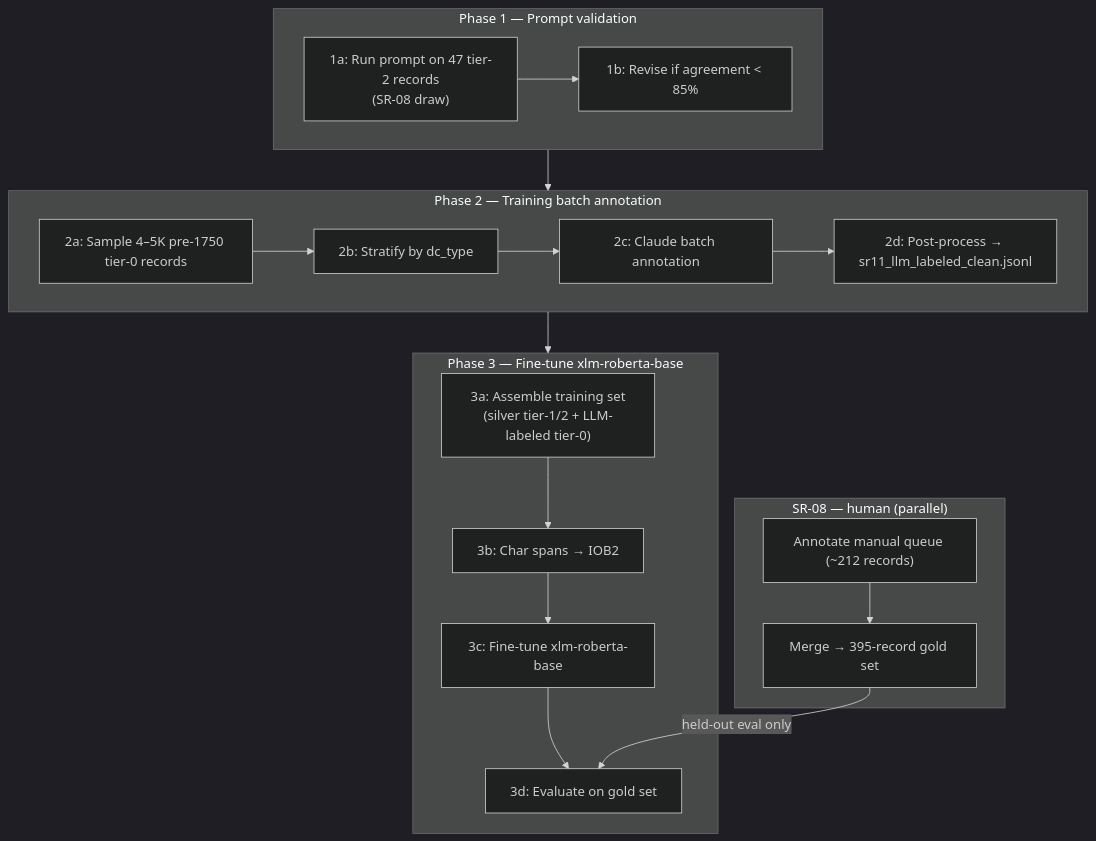
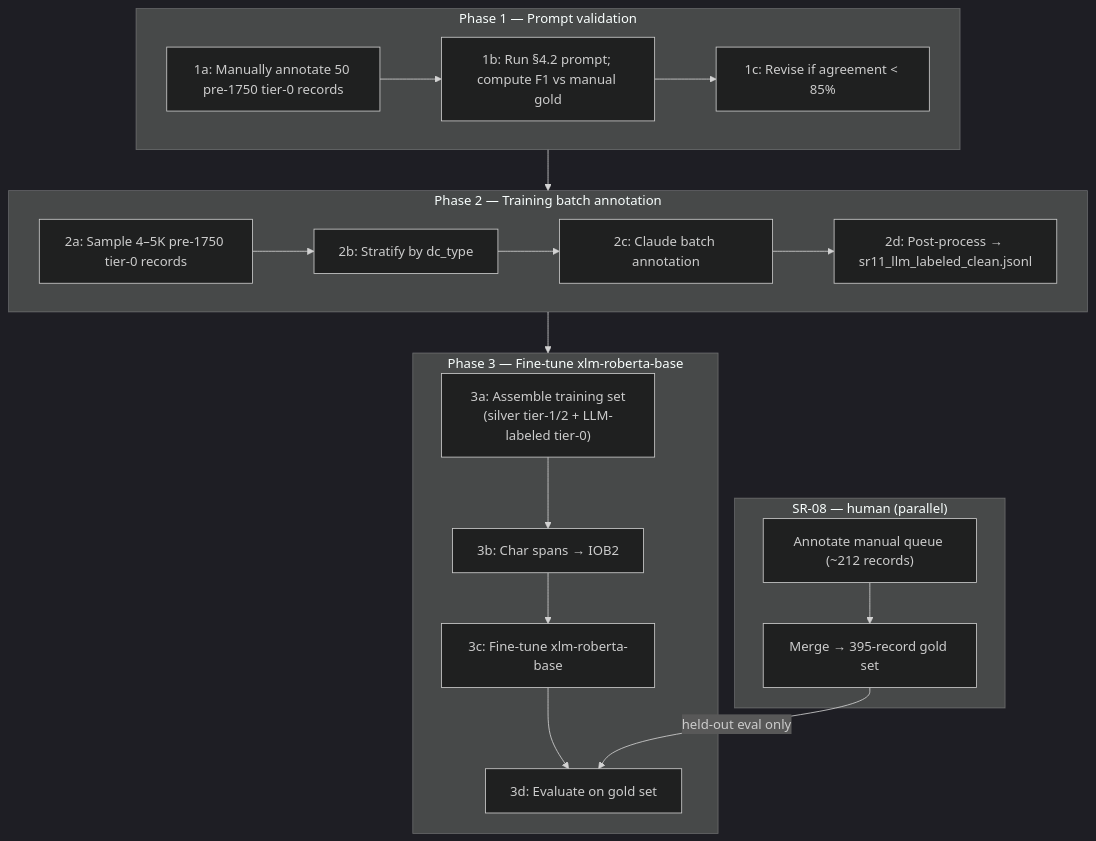
The diagram in notes/ner/sr11_labeling-strategy.md (anntanp/gemea), drawn with Mermaid (dark theme) before and after one commit. The commit also changed other lines of this file, not shown here.

````diff
--- a/notes/ner/sr11_labeling-strategy.md
+++ b/notes/ner/sr11_labeling-strategy.md
@@ -36,33 +28,34 @@
 ```mermaid
 flowchart TD
     subgraph SR08["SR-08 — human (parallel)"]
         h1["Annotate manual queue (~212 records)"]
         h2["Merge → 395-record gold set"]
         h1 --> h2
     end
 
     subgraph P1["Phase 1 — Prompt validation"]
-        1a["1a: Run prompt on 47 tier-2 records\n(SR-08 draw)"]
-        1b["1b: Revise if agreement < 85%"]
-        1a --> 1b
+        1a["1a: Manually annotate 50 pre-1750 tier-0 records"]
+        1b["1b: Run §4.2 prompt; compute F1 vs manual gold"]
+        1c["1c: Revise if agreement < 85%"]
+        1a --> 1b --> 1c
     end
 
     subgraph P2["Phase 2 — Training batch annotation"]
         2a["2a: Sample 4–5K pre-1750 tier-0 records"]
         2b["2b: Stratify by dc_type"]
         2c["2c: Claude batch annotation"]
         2d["2d: Post-process → sr11_llm_labeled_clean.jsonl"]
         2a --> 2b --> 2c --> 2d
     end
 
     subgraph P3["Phase 3 — Fine-tune xlm-roberta-base"]
         3a["3a: Assemble training set\n(silver tier-1/2 + LLM-labeled tier-0)"]
         3b["3b: Char spans → IOB2"]
         3c["3c: Fine-tune xlm-roberta-base"]
         3d["3d: Evaluate on gold set"]
         3a --> 3b --> 3c --> 3d
     end
 
     P1 --> P2 --> P3
     h2 -->|held-out eval only| 3d
 ```
````
